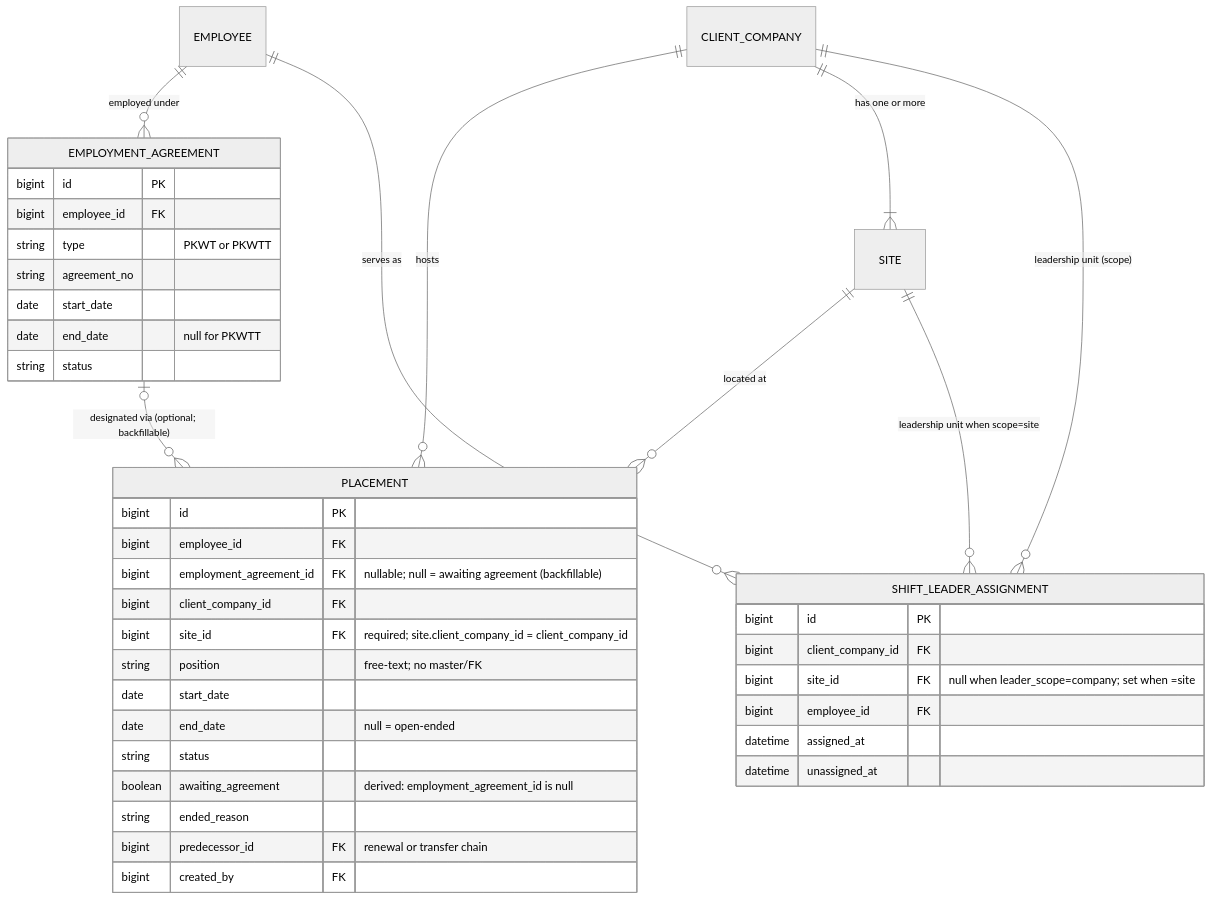
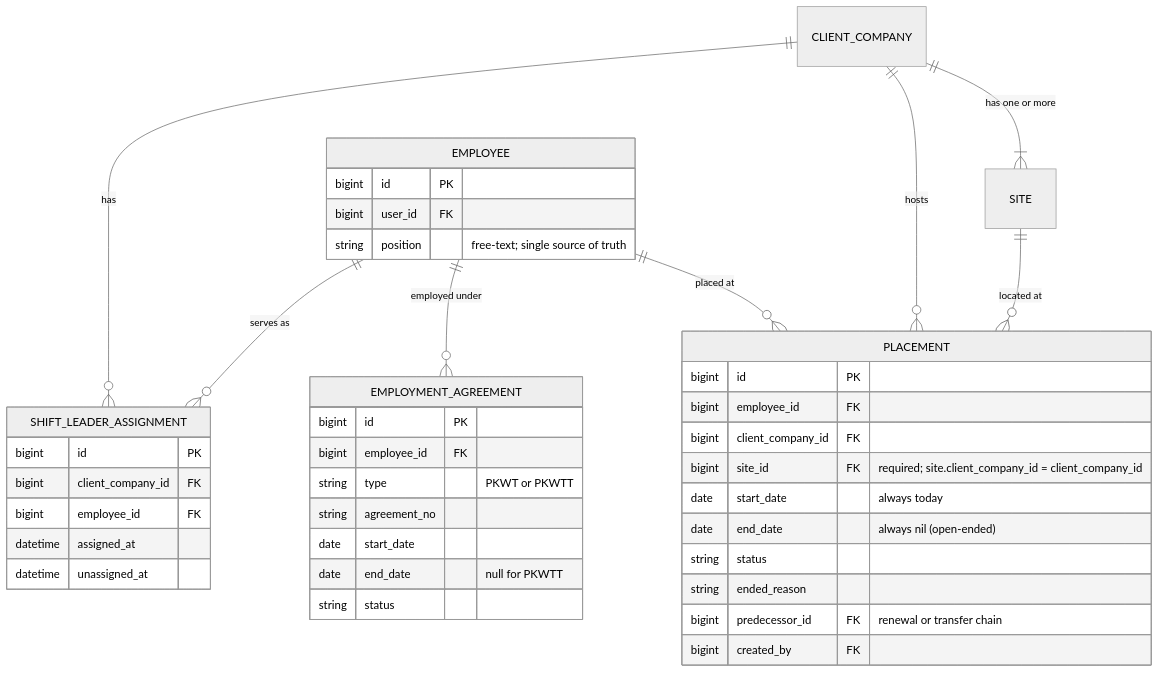
One commit to hariszaki17/hris-outsource changed the first of 6 diagrams in docs/epics/E3-placement/FEATURE.md. Above: the diagram before and after it, drawn with Mermaid (neutral theme). The commit also changed other lines of this file and 106 other files, not shown here.

````diff
--- a/docs/epics/E3-placement/FEATURE.md
+++ b/docs/epics/E3-placement/FEATURE.md
@@ -32,44 +32,44 @@
 ```mermaid
 erDiagram
     EMPLOYEE ||--o{ EMPLOYMENT_AGREEMENT : "employed under"
-    EMPLOYMENT_AGREEMENT |o--o{ PLACEMENT : "designated via (optional; backfillable)"
+    EMPLOYEE ||--o{ PLACEMENT : "placed at"
     CLIENT_COMPANY ||--o{ PLACEMENT : "hosts"
     CLIENT_COMPANY ||--|{ SITE : "has one or more"
     SITE ||--o{ PLACEMENT : "located at"
-    CLIENT_COMPANY ||--o{ SHIFT_LEADER_ASSIGNMENT : "leadership unit (scope)"
-    SITE ||--o{ SHIFT_LEADER_ASSIGNMENT : "leadership unit when scope=site"
+    CLIENT_COMPANY ||--o{ SHIFT_LEADER_ASSIGNMENT : "has"
     EMPLOYEE ||--o{ SHIFT_LEADER_ASSIGNMENT : "serves as"
 
+    EMPLOYEE {
+        bigint id PK
+        bigint user_id FK
+        string position "free-text; single source of truth"
+    }
     EMPLOYMENT_AGREEMENT {
         bigint id PK
         bigint employee_id FK
         string type "PKWT or PKWTT"
         string agreement_no
         date start_date
         date end_date "null for PKWTT"
         string status
     }
     PLACEMENT {
         bigint id PK
         bigint employee_id FK
-        bigint employment_agreement_id FK "nullable; null = awaiting agreement (backfillable)"
         bigint client_company_id FK
         bigint site_id FK "required; site.client_company_id = client_company_id"
-        string position "free-text; no master/FK"
-        date start_date
-        date end_date "null = open-ended"
+        date start_date "always today"
+        date end_date "always nil (open-ended)"
         string status
-        boolean awaiting_agreement "derived: employment_agreement_id is null"
         string ended_reason
         bigint predecessor_id FK "renewal or transfer chain"
         bigint created_by FK
     }
     SHIFT_LEADER_ASSIGNMENT {
         bigint id PK
         bigint client_company_id FK
-        bigint site_id FK "null when leader_scope=company; set when =site"
         bigint employee_id FK
         datetime assigned_at
         datetime unassigned_at
     }
 ```
````
